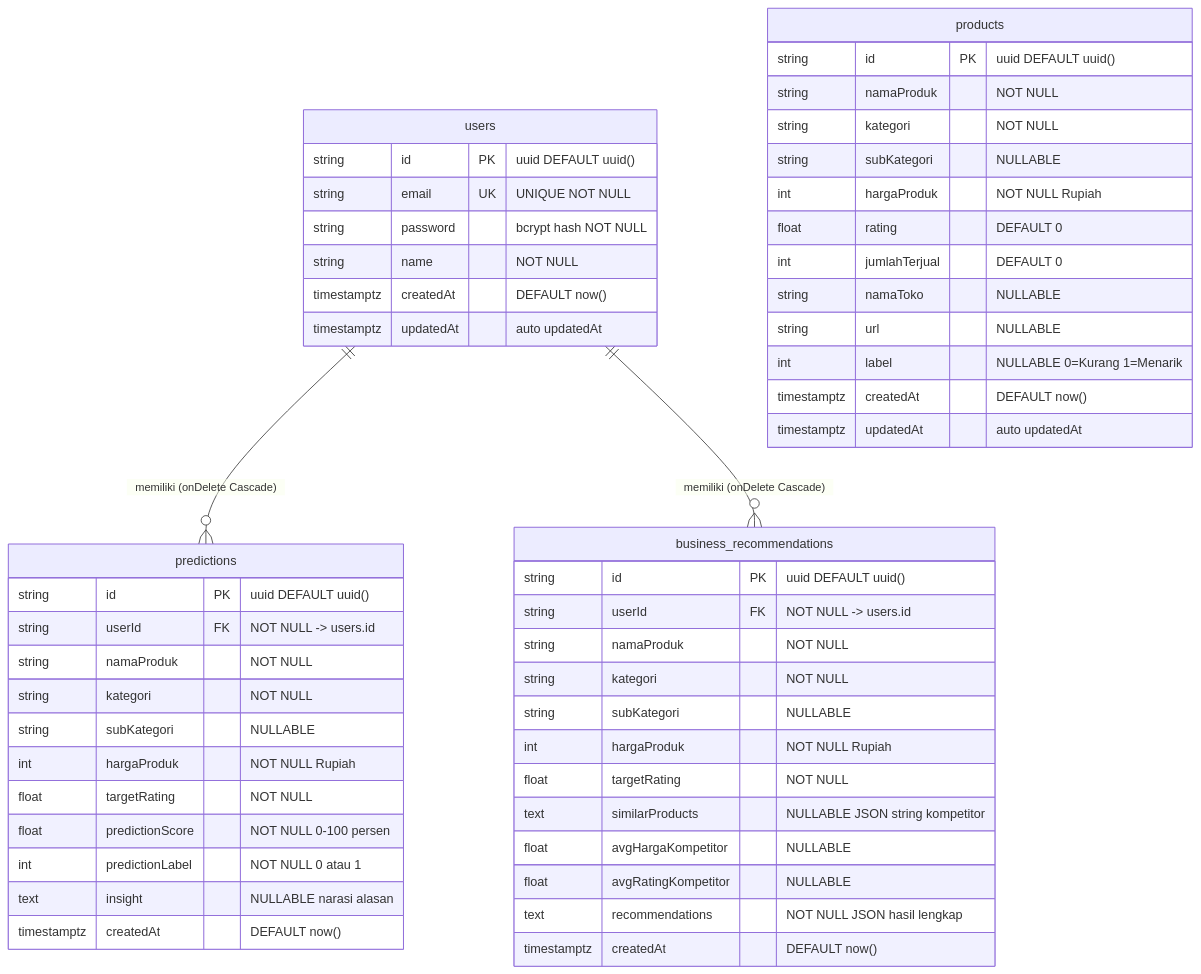
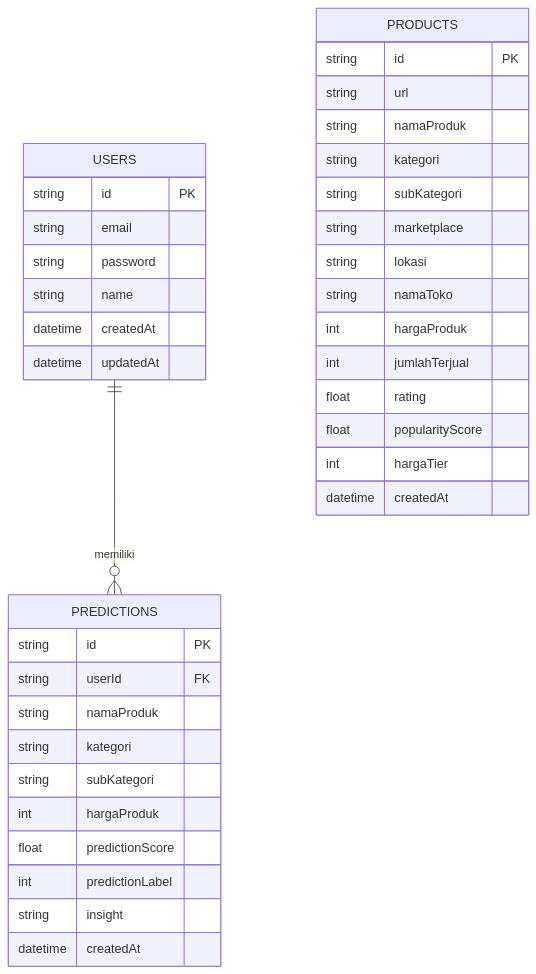
The diagram in docs/diagrams/erd.mmd (AogamiKiryuu/RadarUMKM), drawn with Mermaid before and after one commit. The commit also changed 30 other files, not shown here.

Commit message:
docs: clean up old docs, refresh diagrams, add algoritma prediksi

```diff
--- a/docs/diagrams/erd.mmd
+++ b/docs/diagrams/erd.mmd
@@ -1,56 +1,39 @@
 erDiagram
-    users {
-        string id PK "uuid DEFAULT uuid()"
-        string email UK "UNIQUE NOT NULL"
-        string password "bcrypt hash NOT NULL"
-        string name "NOT NULL"
-        timestamptz createdAt "DEFAULT now()"
-        timestamptz updatedAt "auto updatedAt"
+    USERS {
+        string id PK
+        string email
+        string password
+        string name
+        datetime createdAt
+        datetime updatedAt
+    }
+    PREDICTIONS {
+        string id PK
+        string userId FK
+        string namaProduk
+        string kategori
+        string subKategori
+        int hargaProduk
+        float predictionScore
+        int predictionLabel
+        string insight
+        datetime createdAt
+    }
+    PRODUCTS {
+        string id PK
+        string url
+        string namaProduk
+        string kategori
+        string subKategori
+        string marketplace
+        string lokasi
+        string namaToko
+        int hargaProduk
+        int jumlahTerjual
+        float rating
+        float popularityScore
+        int hargaTier
+        datetime createdAt
     }
 
-    products {
-        string id PK "uuid DEFAULT uuid()"
-        string namaProduk "NOT NULL"
-        string kategori "NOT NULL"
-        string subKategori "NULLABLE"
-        int hargaProduk "NOT NULL Rupiah"
-        float rating "DEFAULT 0"
-        int jumlahTerjual "DEFAULT 0"
-        string namaToko "NULLABLE"
-        string url "NULLABLE"
-        int label "NULLABLE 0=Kurang 1=Menarik"
-        timestamptz createdAt "DEFAULT now()"
-        timestamptz updatedAt "auto updatedAt"
-    }
-
-    predictions {
-        string id PK "uuid DEFAULT uuid()"
-        string userId FK "NOT NULL -> users.id"
-        string namaProduk "NOT NULL"
-        string kategori "NOT NULL"
-        string subKategori "NULLABLE"
-        int hargaProduk "NOT NULL Rupiah"
-        float targetRating "NOT NULL"
-        float predictionScore "NOT NULL 0-100 persen"
-        int predictionLabel "NOT NULL 0 atau 1"
-        text insight "NULLABLE narasi alasan"
-        timestamptz createdAt "DEFAULT now()"
-    }
-
-    business_recommendations {
-        string id PK "uuid DEFAULT uuid()"
-        string userId FK "NOT NULL -> users.id"
-        string namaProduk "NOT NULL"
-        string kategori "NOT NULL"
-        string subKategori "NULLABLE"
-        int hargaProduk "NOT NULL Rupiah"
-        float targetRating "NOT NULL"
-        text similarProducts "NULLABLE JSON string kompetitor"
-        float avgHargaKompetitor "NULLABLE"
-        float avgRatingKompetitor "NULLABLE"
-        text recommendations "NOT NULL JSON hasil lengkap"
-        timestamptz createdAt "DEFAULT now()"
-    }
-
-    users ||--o{ predictions : "memiliki (onDelete Cascade)"
-    users ||--o{ business_recommendations : "memiliki (onDelete Cascade)"
+    USERS ||--o{ PREDICTIONS : "memiliki"
```
